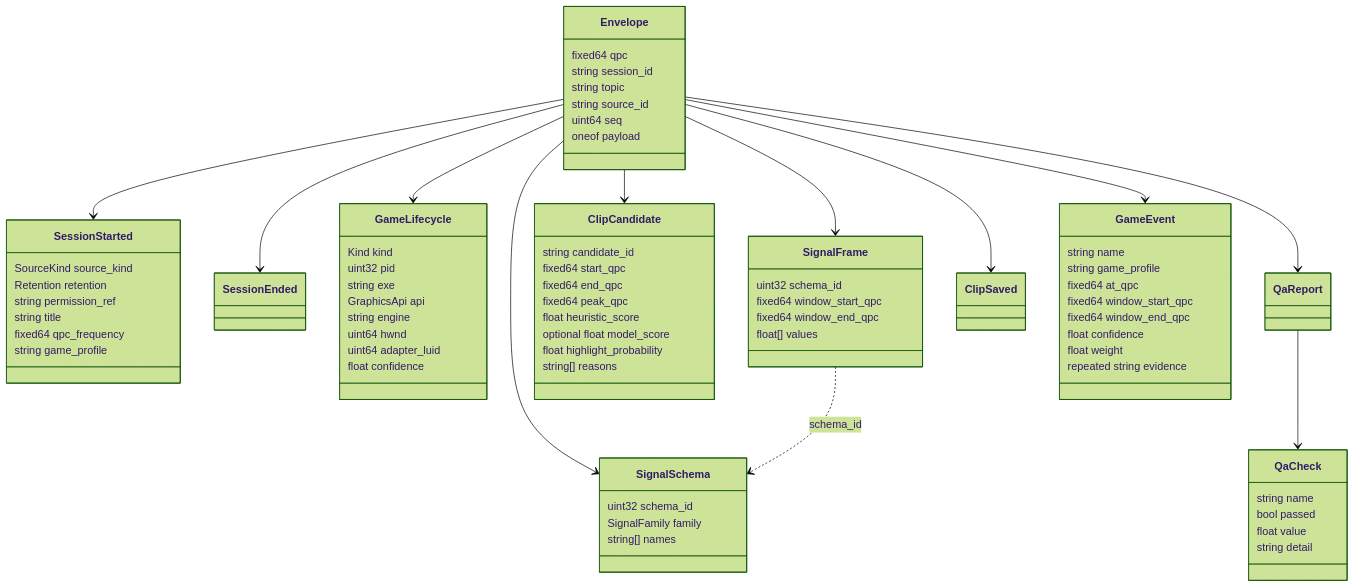
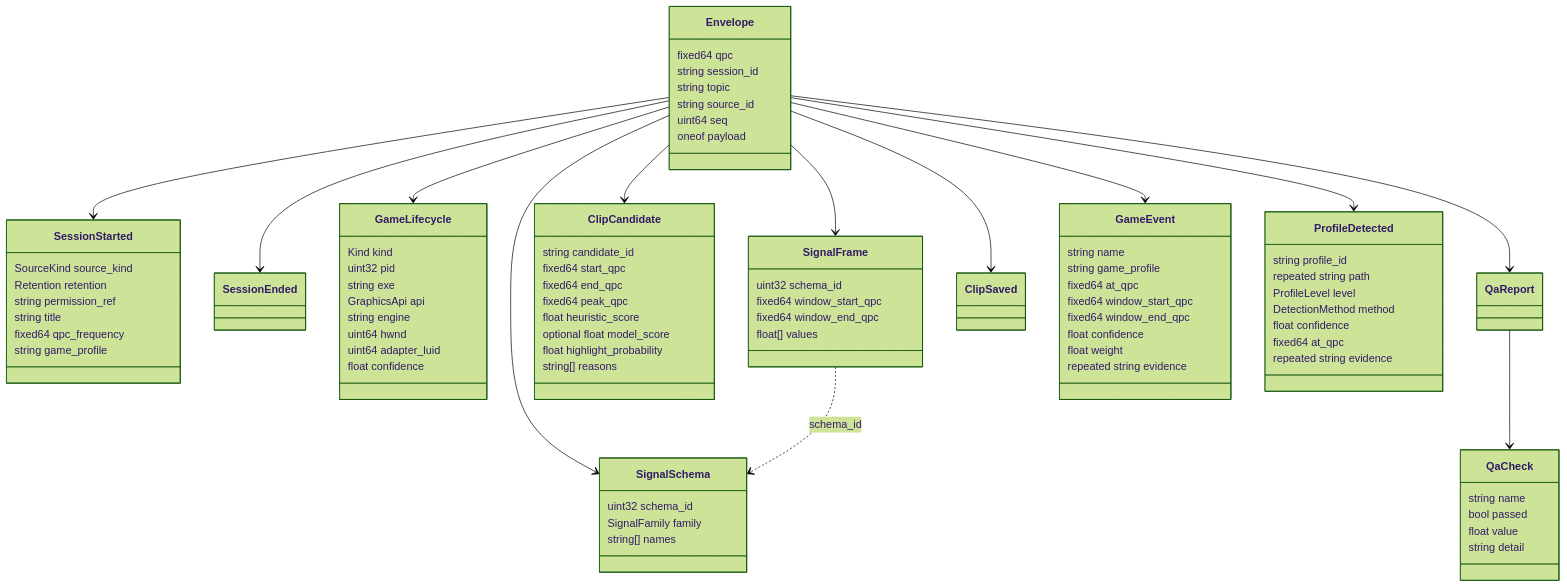
One commit to Joshmh7128/Lookback changed the diagram in docs/wiki/Event-Schema.md. Above: the diagram before and after it, drawn with Mermaid (forest theme). The commit also changed other lines of this file and 40 other files, not shown here.

First line of the commit message:
Add the profile tree: game, sub-game and mode, with detection and training

```diff
--- a/docs/wiki/Event-Schema.md
+++ b/docs/wiki/Event-Schema.md
@@ -39,8 +39,18 @@
     Envelope --> QaReport
     Envelope --> ClipSaved
     Envelope --> GameEvent
+    Envelope --> ProfileDetected
     QaReport --> QaCheck
     SignalFrame ..> SignalSchema : schema_id
+    class ProfileDetected {
+        string profile_id
+        repeated string path
+        ProfileLevel level
+        DetectionMethod method
+        float confidence
+        fixed64 at_qpc
+        repeated string evidence
+    }
     class GameEvent {
         string name
         string game_profile
```
